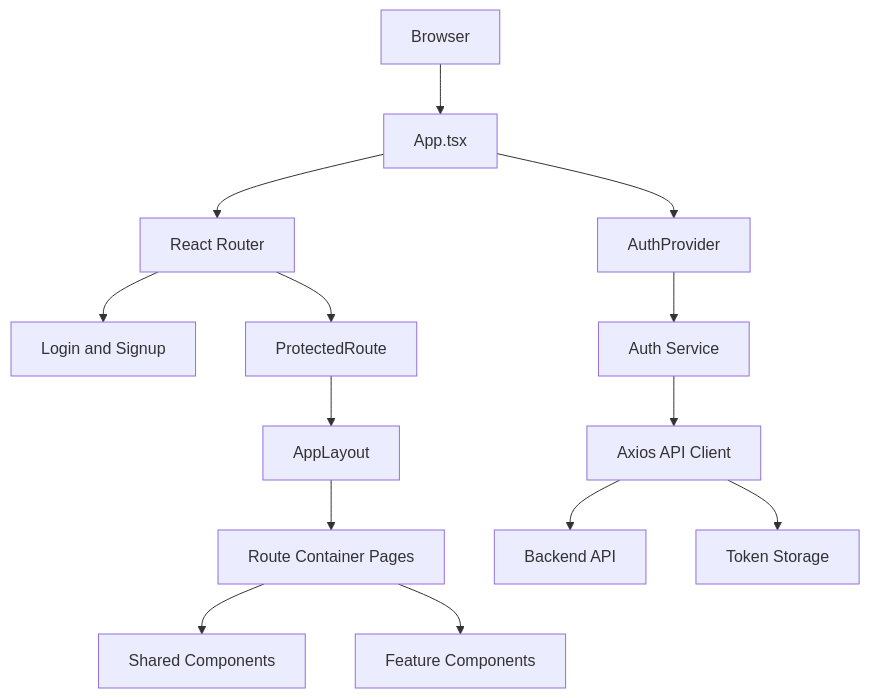
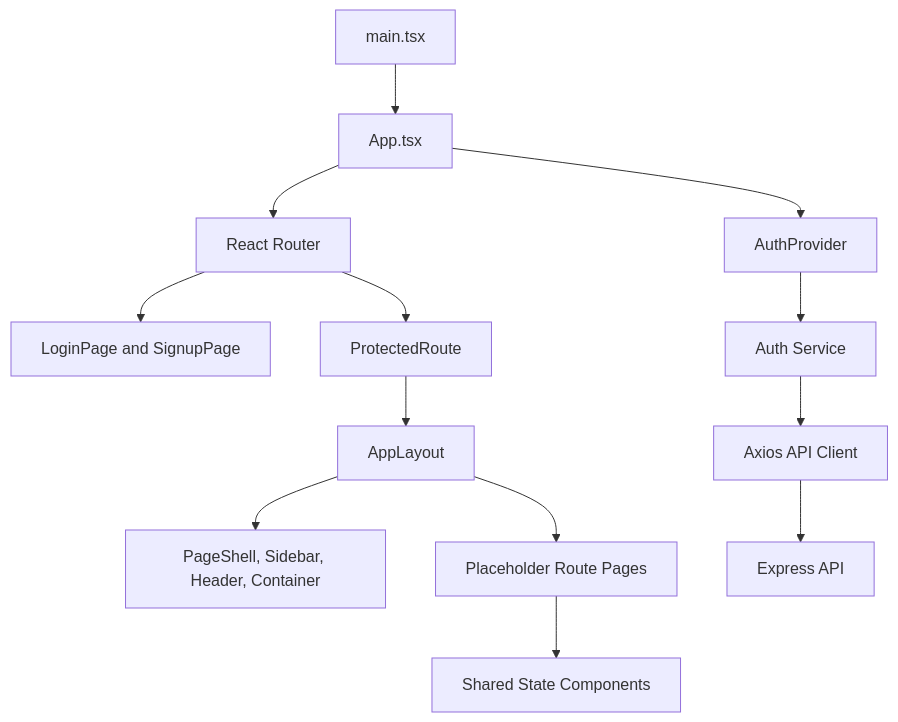
One commit to barshatpradhan/supervisor-ai changed the first of 4 diagrams in frontend/README.md. Above: the diagram before and after it, drawn with Mermaid. The commit also changed other lines of this file and 2 other files, not shown here.

````diff
--- a/frontend/README.md
+++ b/frontend/README.md
@@ -114,16 +17,15 @@
 ```mermaid
 flowchart TD
-  Browser[Browser] --> App[App.tsx]
+  Main[main.tsx] --> App[App.tsx]
   App --> Router[React Router]
   App --> AuthProvider[AuthProvider]
-  Router --> PublicRoutes[Login and Signup]
+  Router --> PublicPages[LoginPage and SignupPage]
   Router --> ProtectedRoute[ProtectedRoute]
   ProtectedRoute --> AppLayout[AppLayout]
-  AppLayout --> Pages[Route Container Pages]
-  Pages --> SharedComponents[Shared Components]
-  Pages --> FeatureComponents[Feature Components]
+  AppLayout --> LayoutComponents[PageShell, Sidebar, Header, Container]
+  AppLayout --> Pages[Placeholder Route Pages]
+  Pages --> Shared[Shared State Components]
   AuthProvider --> AuthService[Auth Service]
   AuthService --> ApiClient[Axios API Client]
-  ApiClient --> Backend[Backend API]
-  ApiClient --> TokenStorage[Token Storage]
+  ApiClient --> Backend[Express API]
 ```
````
